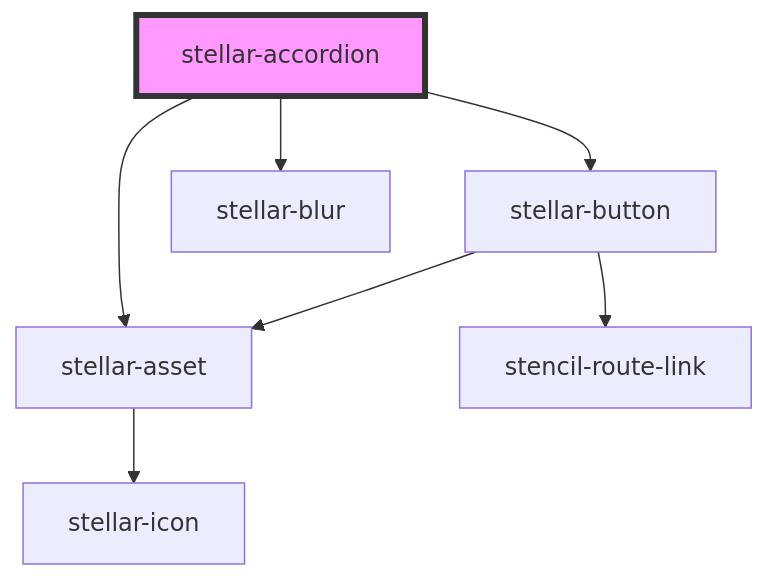
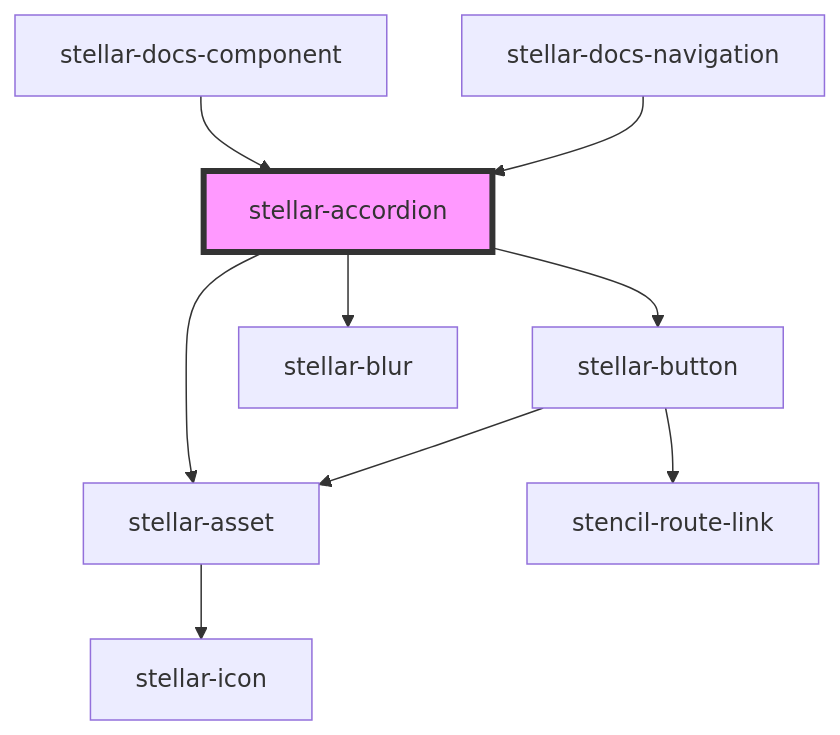
One commit to splitinfinities/Stellar changed the diagram in src/components/ui/accordion/readme.md. Above: the diagram before and after it, drawn with Mermaid. The commit also changed other lines of this file and 50 other files, not shown here.

````diff
--- a/src/components/ui/accordion/readme.md
+++ b/src/components/ui/accordion/readme.md
@@ -52,10 +57,12 @@
 ```mermaid
 graph TD;
   stellar-accordion --> stellar-button
   stellar-accordion --> stellar-asset
   stellar-accordion --> stellar-blur
   stellar-button --> stellar-asset
   stellar-button --> stencil-route-link
   stellar-asset --> stellar-icon
+  stellar-docs-component --> stellar-accordion
+  stellar-docs-navigation --> stellar-accordion
   style stellar-accordion fill:#f9f,stroke:#333,stroke-width:4px
 ```
````
